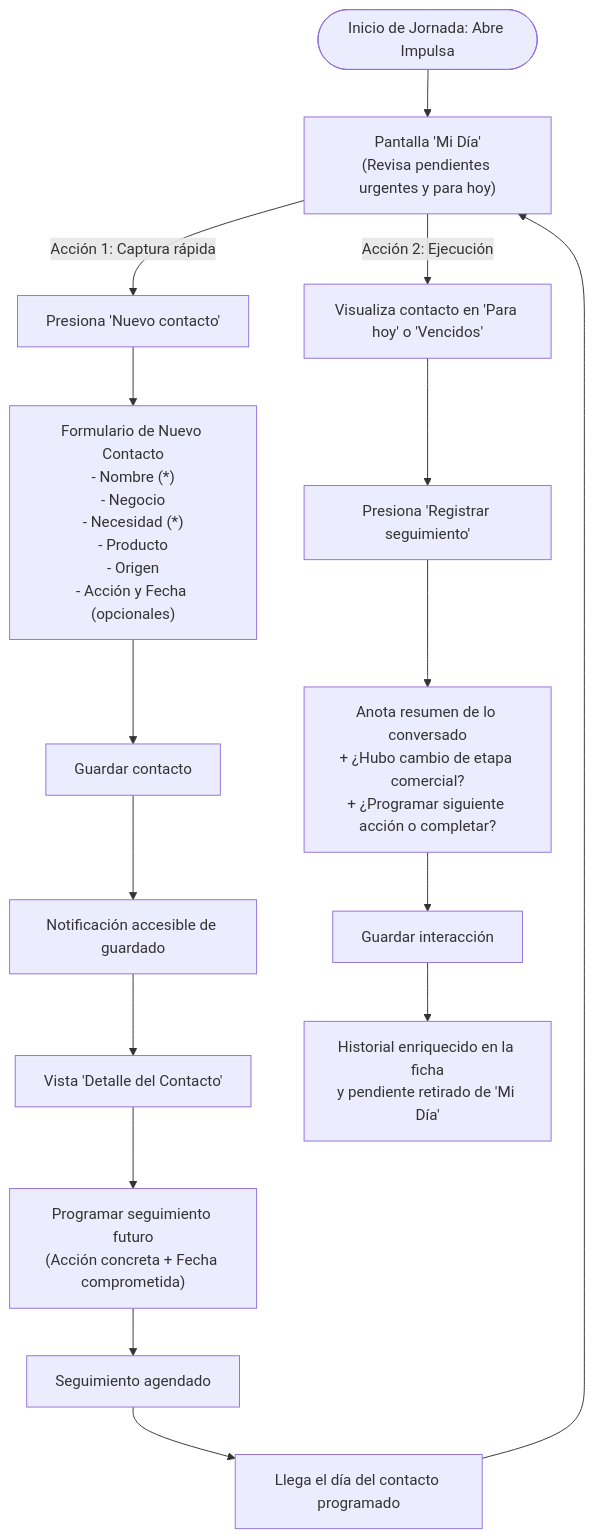
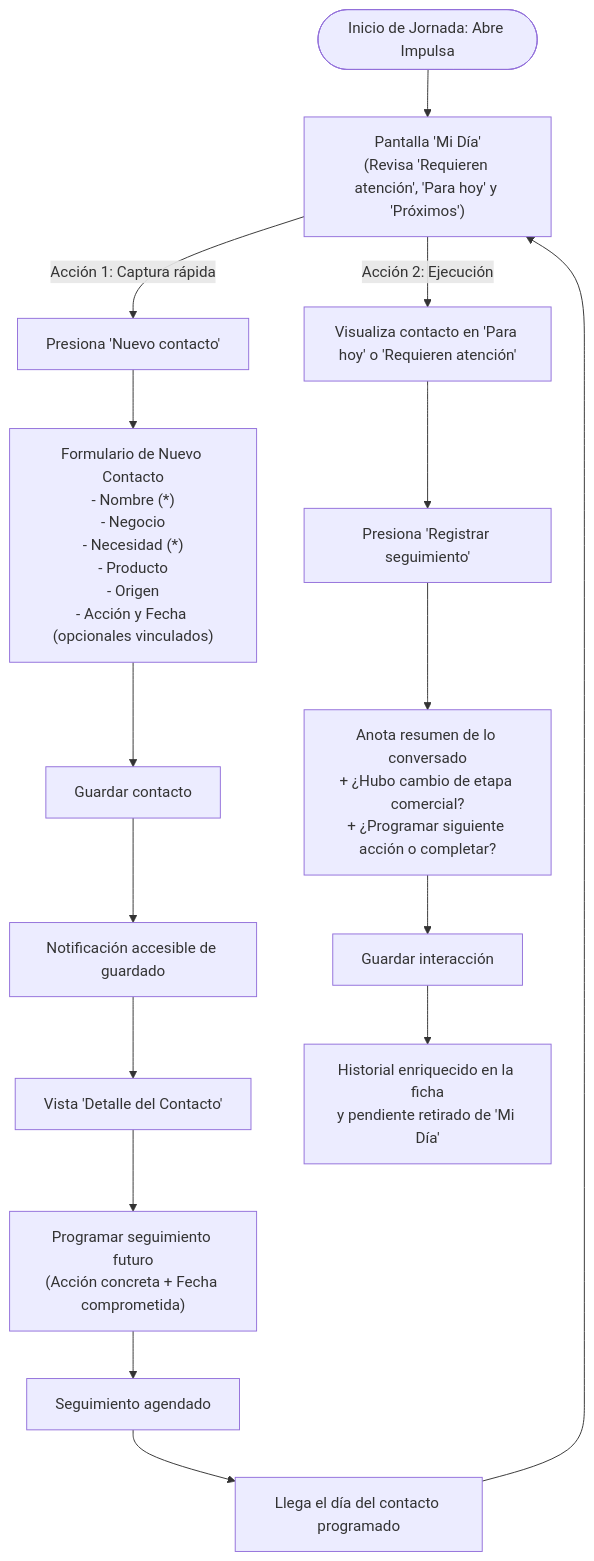
One commit to Ximenacode/Impulsa changed the diagram in docs/flujo-principal.md. Above: the diagram before and after it, drawn with Mermaid. The commit also changed other lines of this file and 37 other files, not shown here.

````diff
--- a/docs/flujo-principal.md
+++ b/docs/flujo-principal.md
@@ -7,22 +7,22 @@
 ```mermaid
 flowchart TD
-    Start(["Inicio de Jornada: Abre Impulsa"]) --> MiDia["Pantalla 'Mi Día'<br/>(Revisa pendientes urgentes y para hoy)"]
+    Start(["Inicio de Jornada: Abre Impulsa"]) --> MiDia["Pantalla 'Mi Día'<br/>(Revisa 'Requieren atención', 'Para hoy' y 'Próximos')"]
     
     MiDia -->|Acción 1: Captura rápida| NuevoBtn["Presiona 'Nuevo contacto'"]
-    NuevoBtn --> ModalNuevo["Formulario de Nuevo Contacto<br/>- Nombre (*)<br/>- Negocio<br/>- Necesidad (*)<br/>- Producto<br/>- Origen<br/>- Acción y Fecha (opcionales)"]
+    NuevoBtn --> ModalNuevo["Formulario de Nuevo Contacto<br/>- Nombre (*)<br/>- Negocio<br/>- Necesidad (*)<br/>- Producto<br/>- Origen<br/>- Acción y Fecha (opcionales vinculados)"]
     ModalNuevo --> Guardar["Guardar contacto"]
     Guardar --> ToastExito["Notificación accesible de guardado"]
     ToastExito --> Detalle["Vista 'Detalle del Contacto'"]
 
     Detalle --> ProgSeg["Programar seguimiento futuro<br/>(Acción concreta + Fecha comprometida)"]
     ProgSeg --> Confirmado["Seguimiento agendado"]
     
     Confirmado --> DiaComprometido["Llega el día del contacto programado"]
     DiaComprometido --> MiDia
     
-    MiDia -->|Acción 2: Ejecución| PendienteCard["Visualiza contacto en 'Para hoy' o 'Vencidos'"]
+    MiDia -->|Acción 2: Ejecución| PendienteCard["Visualiza contacto en 'Para hoy' o 'Requieren atención'"]
     PendienteCard --> RegistrarModal["Presiona 'Registrar seguimiento'"]
     RegistrarModal --> FormResumen["Anota resumen de lo conversado<br/>+ ¿Hubo cambio de etapa comercial?<br/>+ ¿Programar siguiente acción o completar?"]
     FormResumen --> GuardarSeg["Guardar interacción"]
     GuardarSeg --> HistorialActualizado["Historial enriquecido en la ficha<br/>y pendiente retirado de 'Mi Día'"]
 ```
````
